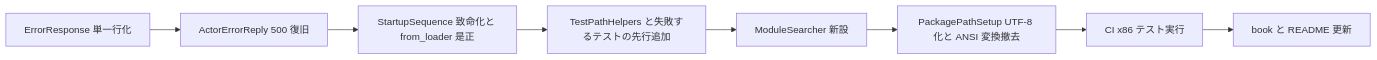
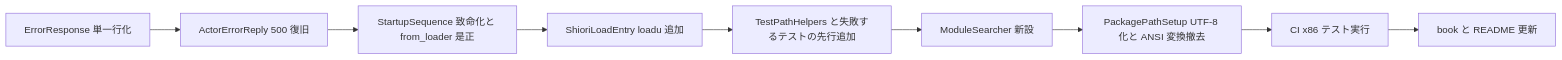
One commit to ekicyou/pasta changed the fourth of 4 diagrams in .kiro/specs/lua-require-robustness/design.md. Above: the diagram before and after it, drawn with Mermaid. The commit also changed other lines of this file and 1 other file, not shown here.

Commit message:
docs(lua-require-robustness): resolve design discussion #1 - add loadu entry for UTF-8 install path

````diff
--- a/.kiro/specs/lua-require-robustness/design.md
+++ b/.kiro/specs/lua-require-robustness/design.md
@@ -578,10 +613,11 @@
 ```mermaid
 flowchart LR
     B1[ErrorResponse 単一行化] --> B2[ActorErrorReply 500 復旧]
     B2 --> B3[StartupSequence 致命化と from_loader 是正]
-    B3 --> A1[TestPathHelpers と失敗するテストの先行追加]
+    B3 --> B4[ShioriLoadEntry loadu 追加]
+    B4 --> A1[TestPathHelpers と失敗するテストの先行追加]
     A1 --> A2[ModuleSearcher 新設]
     A2 --> A3[PackagePathSetup UTF-8 化と ANSI 変換撤去]
     A3 --> C1[CI x86 テスト実行]
     C1 --> D1[book と README 更新]
 ```
````
